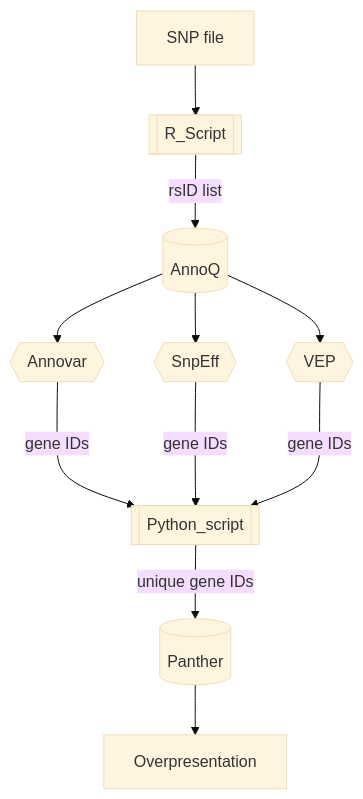
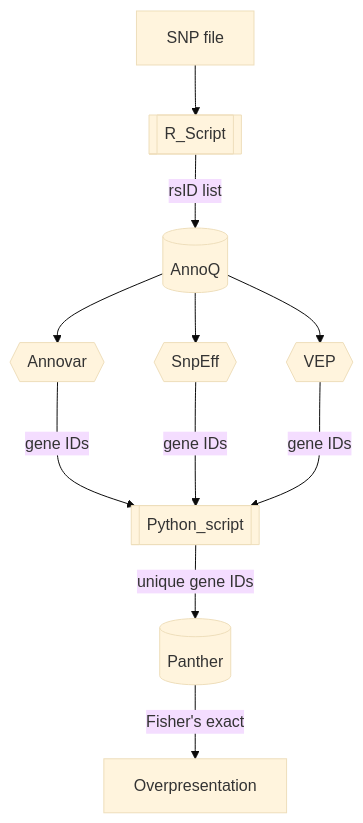
The diagram in README.md (quemeb/From_SNP_to_overrepresentation), drawn with Mermaid (base theme) before and after one commit.

````diff
--- a/README.md
+++ b/README.md
@@ -5,14 +5,14 @@
 ```mermaid
 flowchart TD
 
 A[SNP file] --> B[[R_Script]]
 B --> |rsID list| C[(AnnoQ)]
 C --> D{{Annovar}} & E{{SnpEff}} & F{{VEP}}
 D & E & F ---> |gene IDs| G[[Python_script]] 
 G --> |unique gene IDs| H[(Panther)]
-H --> I[Overpresentation]
+H --> |Fisher's exact|I[Overpresentation]
 
 click C "http://annoq.org/" _blank
 click H "http://pantherdb.org/" _blank
 
 ```
````
